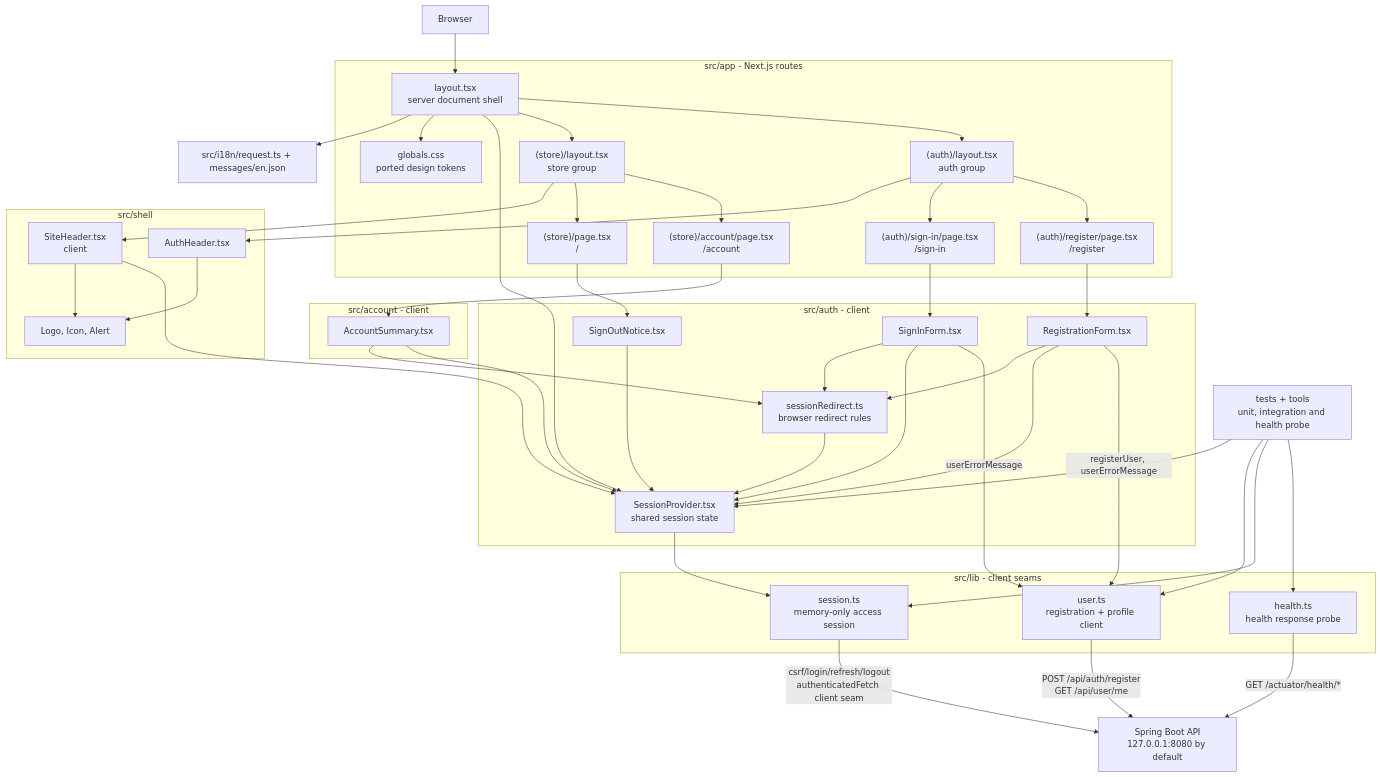
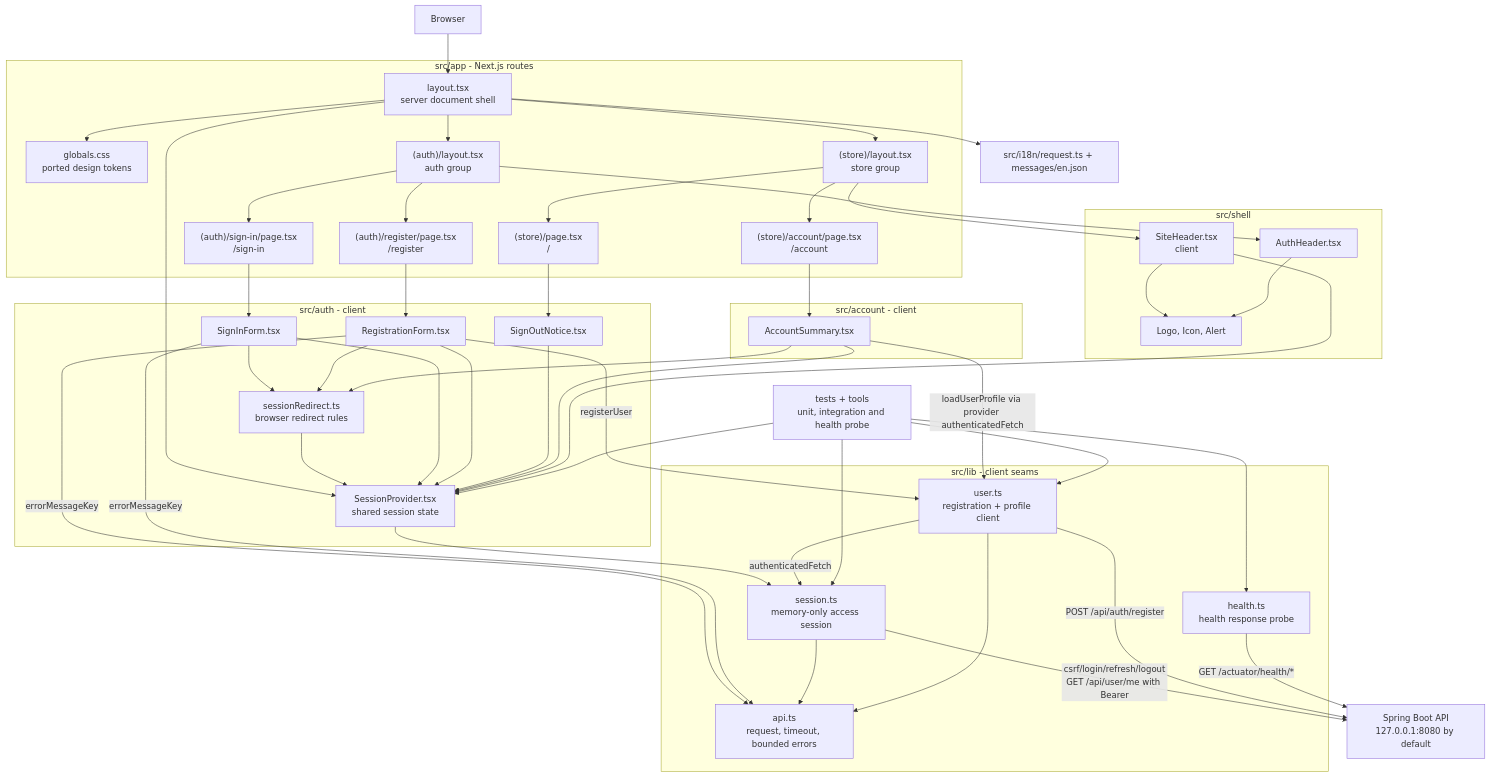
The first of 2 diagrams in frontend/docs/code-architecture.md (n-saakib/medi-wish-bd), drawn with Mermaid before and after one commit. The commit also changed other lines of this file and 56 other files, not shown here.

First line of the commit message:
Retry failed sign-out, share the API client and add browser checks

```diff
--- a/frontend/docs/code-architecture.md
+++ b/frontend/docs/code-architecture.md
@@ -50,6 +50,7 @@
     subgraph LIB[src/lib - client seams]
         SESSION[session.ts<br/>memory-only access session]
         USER[user.ts<br/>registration + profile client]
+        APIMOD[api.ts<br/>request, timeout, bounded errors]
         HEALTH[health.ts<br/>health response probe]
     end
 
@@ -85,10 +86,15 @@
     SUMMARY --> PROVIDER
     SITEHEADER --> PROVIDER
     PROVIDER --> SESSION
-    REGISTER -->|registerUser, userErrorMessage| USER
-    SIGNIN -->|userErrorMessage| USER
-    SESSION -->|csrf/login/refresh/logout<br/>authenticatedFetch client seam| API
-    USER -->|POST /api/auth/register<br/>GET /api/user/me| API
+    REGISTER -->|registerUser| USER
+    SUMMARY -->|loadUserProfile via provider authenticatedFetch| USER
+    USER -->|authenticatedFetch| SESSION
+    REGISTER -->|errorMessageKey| APIMOD
+    SIGNIN -->|errorMessageKey| APIMOD
+    SESSION --> APIMOD
+    USER --> APIMOD
+    SESSION -->|csrf/login/refresh/logout<br/>GET /api/user/me with Bearer| API
+    USER -->|POST /api/auth/register| API
     HEALTH -->|GET /actuator/health/*| API
     TESTS --> PROVIDER
     TESTS --> USER
```
